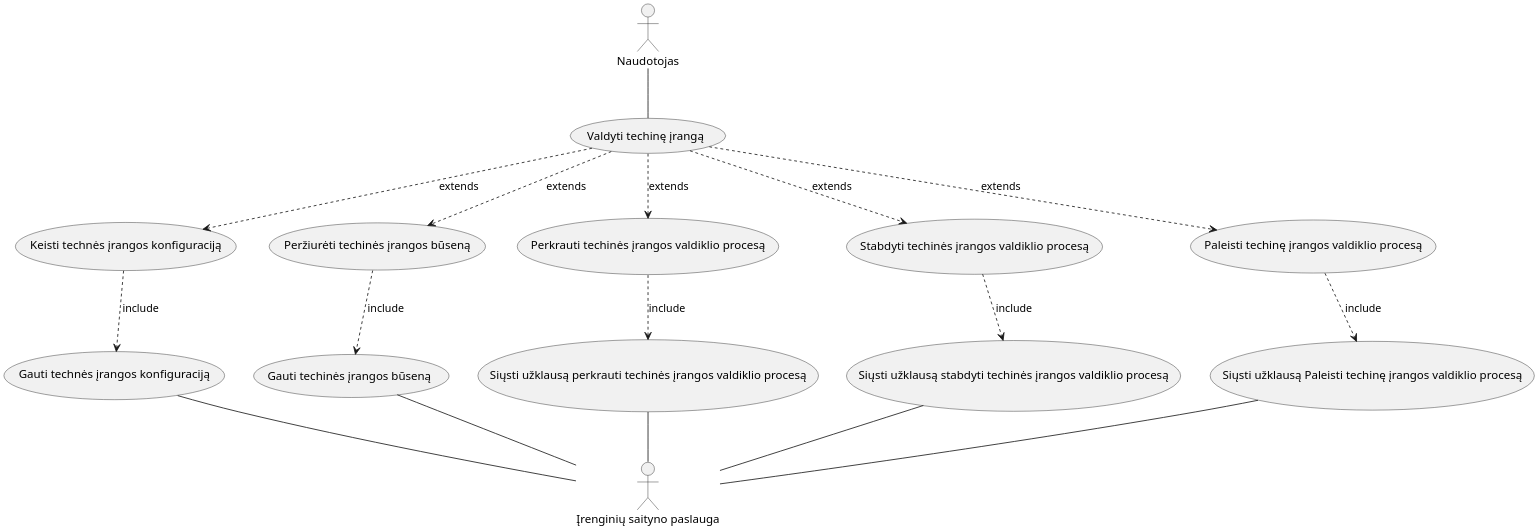
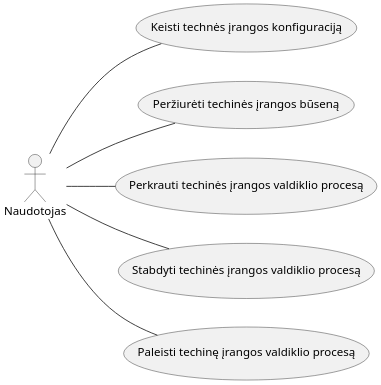
Before and after one commit to simonas-dev/light-square: the diagram in docs/use_cases_fadecandy-rest.wsd, drawn with PlantUML. The commit also changed 100 other files, not shown here.

```diff
--- a/docs/use_cases_fadecandy-rest.wsd
+++ b/docs/use_cases_fadecandy-rest.wsd
@@ -1,43 +1,21 @@
 @startuml Panaudojimo Atvėjai
 scale 2
+left to right direction
 
-actor :Įrenginių saityno paslauga: as box_client
 
 actor :Naudotojas: as client
-
-(Valdyti techinę įrangą) as (control_tech)
-
-' BOX CLIENT
-client -- control_tech
 
 (Keisti technės įrangos konfiguraciją) as (tech_view_config)
 (Peržiurėti techinės įrangos būseną) as (tech_view_state)
 (Perkrauti techinės įrangos valdiklio procesą) as (tech_reboot)
 (Stabdyti techinės įrangos valdiklio procesą) as (tech_stop)
 (Paleisti techinę įrangos valdiklio procesą) as (tech_start)
 
-control_tech .down.> (tech_start) : extends
-control_tech .down.> (tech_reboot) : extends
-control_tech .down.> (tech_stop) : extends
-control_tech .down.> (tech_view_config) : extends
-control_tech .down.> (tech_view_state) : extends
 
-(Gauti technės įrangos konfiguraciją) as (api_tech_view_config)
-(Gauti techinės įrangos būseną) as (api_tech_view_state)
-(Siųsti užklausą perkrauti techinės įrangos valdiklio procesą) as (api_tech_reboot)
-(Siųsti užklausą stabdyti techinės įrangos valdiklio procesą) as (api_tech_stop)
-(Siųsti užklausą Paleisti techinę įrangos valdiklio procesą) as (api_tech_start)
-
-tech_start .down.> api_tech_start : include
-tech_reboot .down.> api_tech_reboot : include
-tech_stop .down.> api_tech_stop : include
-tech_view_config .down.> api_tech_view_config : include
-tech_view_state .down.> api_tech_view_state : include
-
-box_client -up- (api_tech_start)
-box_client -up- (api_tech_reboot)
-box_client -up- (api_tech_stop)
-box_client -up- (api_tech_view_config)
-box_client -up- (api_tech_view_state)
+client -- tech_view_config
+client -- tech_view_state
+client -- tech_reboot
+client -- tech_stop
+client -- tech_start
 
 @enduml
```
